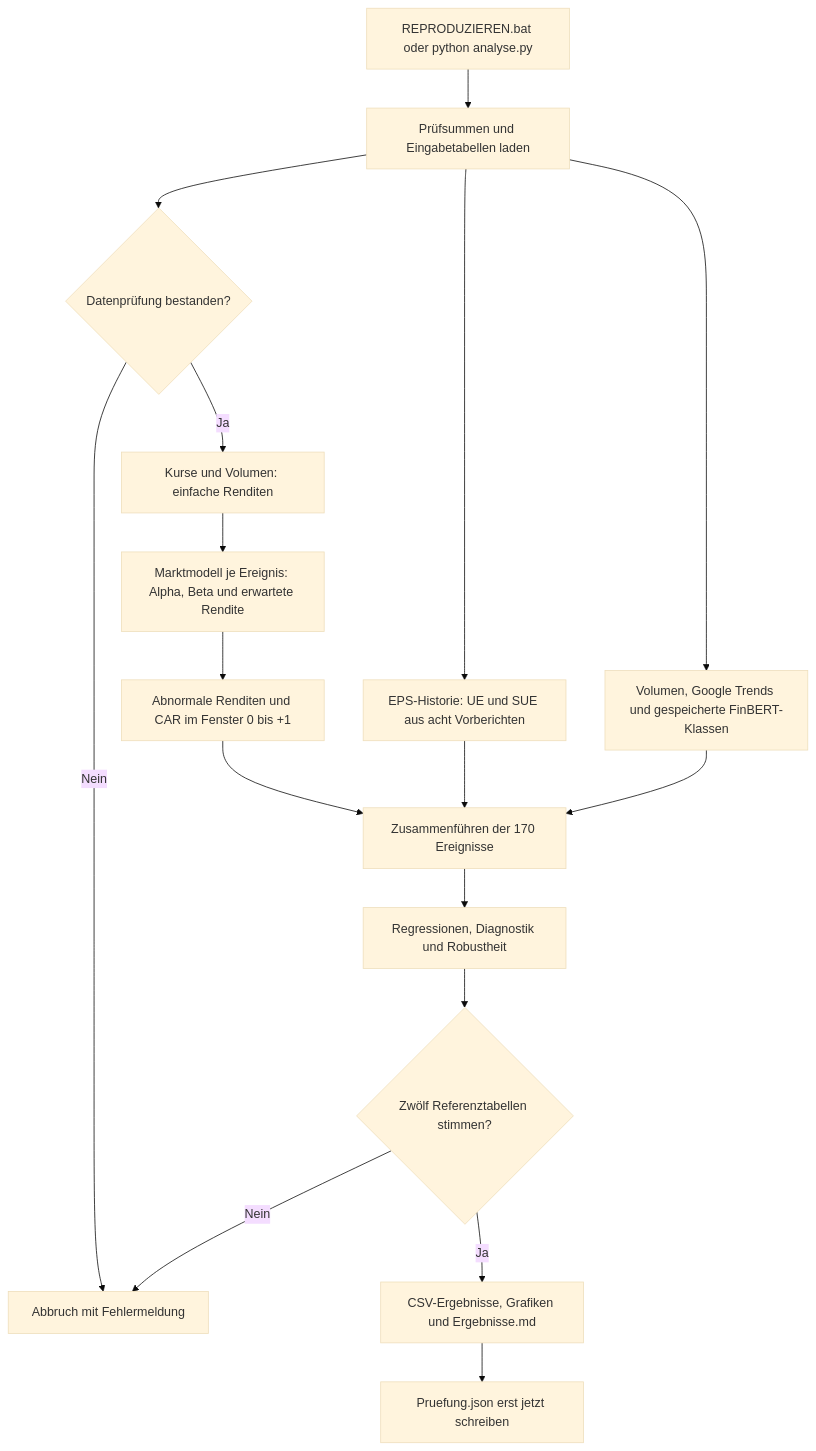
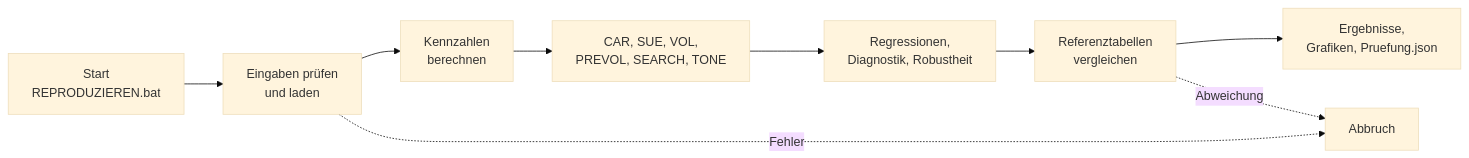
Before and after one commit to JohannPongra/event-study-car-reproduzierbar: the first of 2 diagrams in README.md, drawn with Mermaid (base theme). The commit also changed other lines of this file, not shown here.

Commit message:
Verkuerze README-Flowcharts

````diff
--- a/README.md
+++ b/README.md
@@ -32,19 +32,11 @@
 ```mermaid
-flowchart TD
-    A[REPRODUZIEREN.bat oder python analyse.py] --> B[Prüfsummen und Eingabetabellen laden]
-    B --> C{Datenprüfung bestanden?}
-    C -- Nein --> X[Abbruch mit Fehlermeldung]
-    C -- Ja --> D[Kurse und Volumen: einfache Renditen]
-    D --> E[Marktmodell je Ereignis: Alpha, Beta und erwartete Rendite]
-    E --> F[Abnormale Renditen und CAR im Fenster 0 bis +1]
-    B --> G[EPS-Historie: UE und SUE aus acht Vorberichten]
-    B --> H[Volumen, Google Trends und gespeicherte FinBERT-Klassen]
-    F --> I[Zusammenführen der 170 Ereignisse]
-    G --> I
-    H --> I
-    I --> J[Regressionen, Diagnostik und Robustheit]
-    J --> K{Zwölf Referenztabellen stimmen?}
-    K -- Nein --> X
-    K -- Ja --> L[CSV-Ergebnisse, Grafiken und Ergebnisse.md]
-    L --> M[Pruefung.json erst jetzt schreiben]
+flowchart LR
+    A["Start<br/>REPRODUZIEREN.bat"] --> B["Eingaben prüfen<br/>und laden"]
+    B --> C["Kennzahlen<br/>berechnen"]
+    C --> D["CAR, SUE, VOL,<br/>PREVOL, SEARCH, TONE"]
+    D --> E["Regressionen,<br/>Diagnostik, Robustheit"]
+    E --> F["Referenztabellen<br/>vergleichen"]
+    F --> G["Ergebnisse,<br/>Grafiken, Pruefung.json"]
+    B -. Fehler .-> X["Abbruch"]
+    F -. Abweichung .-> X
 ```
````
